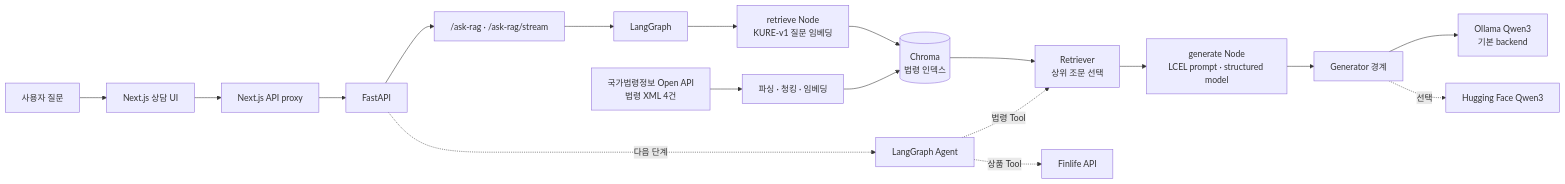
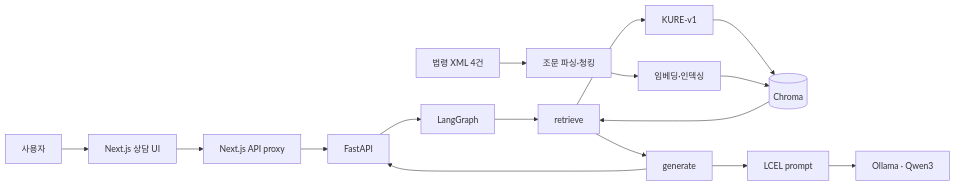
Before and after one commit to SWHee/korean-chatbot-lab: the diagram in README.md, drawn with Mermaid. The commit also changed other lines of this file and 2 other files, not shown here.

````diff
--- a/README.md
+++ b/README.md
@@ -32,25 +101,20 @@
 ```mermaid
 flowchart LR
-    U[사용자 질문] --> UI[Next.js 상담 UI]
+    U[사용자] --> UI[Next.js 상담 UI]
     UI --> PX[Next.js API proxy]
     PX --> API[FastAPI]
 
-    API --> R["/ask-rag · /ask-rag/stream"]
-    R --> LG[LangGraph]
-    LG --> E[retrieve Node<br/>KURE-v1 질문 임베딩]
-    E --> V[(Chroma<br/>법령 인덱스)]
-    V --> T[Retriever<br/>상위 조문 선택]
-    T --> L[generate Node<br/>LCEL prompt · structured model]
-    L --> G
+    API --> LG[LangGraph]
+    LG --> RT[retrieve]
+    RT --> EM[KURE-v1]
+    EM --> VS[(Chroma)]
+    VS --> RT
+    RT --> GN[generate]
+    GN --> LC[LCEL prompt]
+    LC --> OL[Ollama · Qwen3]
+    GN --> API
 
-    G[Generator 경계]
-    G --> O[Ollama Qwen3<br/>기본 backend]
-    G -. 선택 .-> H[Hugging Face Qwen3]
-
-    X[국가법령정보 Open API<br/>법령 XML 4건] --> P[파싱 · 청킹 · 임베딩]
-    P --> V
-
-    API -. 다음 단계 .-> A[LangGraph Agent]
-    A -. 법령 Tool .-> T
-    A -. 상품 Tool .-> F[Finlife API]
+    XML[법령 XML 4건] --> PS[조문 파싱·청킹]
+    PS --> IX[임베딩·인덱싱]
+    IX --> VS
 ```
````
